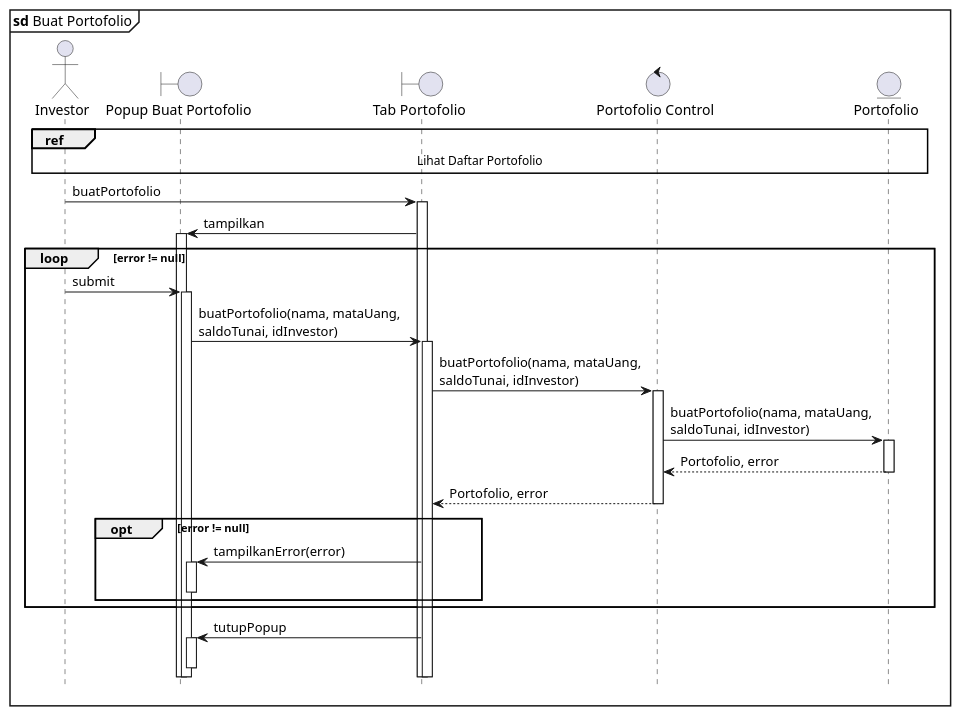
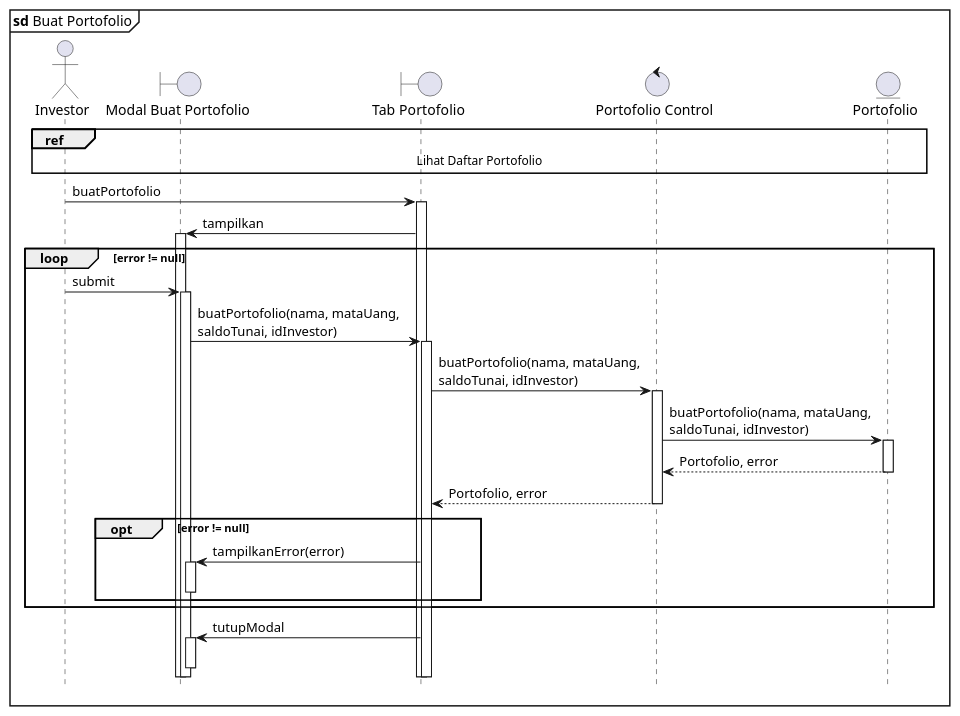
One commit to clarestarahma/manajemen-investasi changed the diagram in sequence/buat-portofolio.puml. Above: the diagram before and after it, drawn with PlantUML. The commit also changed 7 other files, not shown here.

Commit message:
bukan popup tapi modal

```diff
--- a/sequence/buat-portofolio.puml
+++ b/sequence/buat-portofolio.puml
@@ -1,37 +1,37 @@
 @startuml Sequence
 
 skinparam maxMessageSize 250
 
 hide footbox
 autoactivate on
 
 mainframe **sd** Buat Portofolio
 
 actor Investor as I
-boundary "Popup Buat Portofolio" as PBP
+boundary "Modal Buat Portofolio" as PBP
 boundary "Tab Portofolio" as TP
 control "Portofolio Control" as PC
 entity "Portofolio" as P
 
 ref over I, P : Lihat Daftar Portofolio
 
 I -> TP : buatPortofolio
 TP -> PBP : tampilkan
 
 loop error != null
   I -> PBP : submit
   PBP -> TP : buatPortofolio(nama, mataUang, saldoTunai, idInvestor)
   TP -> PC : buatPortofolio(nama, mataUang, saldoTunai, idInvestor)
   PC -> P : buatPortofolio(nama, mataUang, saldoTunai, idInvestor)
   P --> PC : Portofolio, error
   PC --> TP : Portofolio, error
 
   opt error != null
     TP -> PBP : tampilkanError(error)
     deactivate PBP
   end
 end
 
-TP -> PBP : tutupPopup
+TP -> PBP : tutupModal
 deactivate PBP
 @enduml
```
